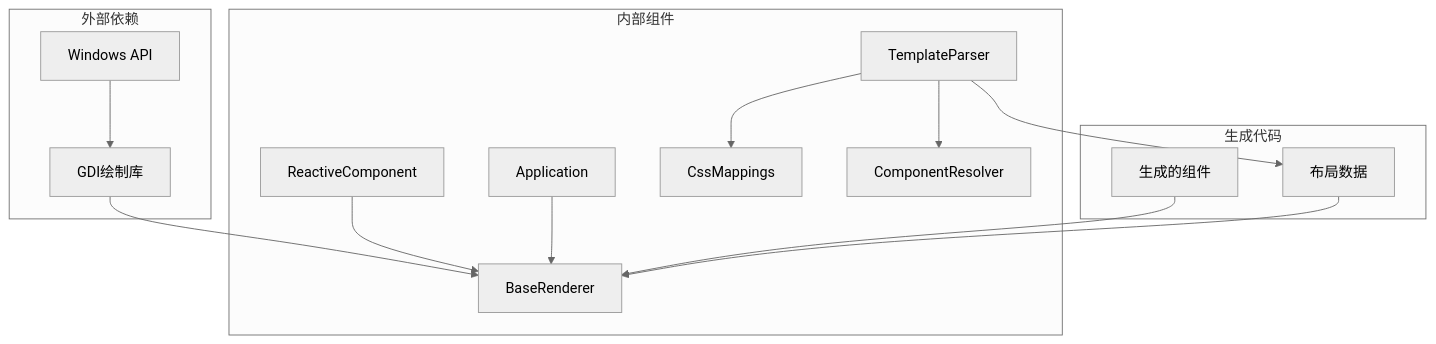
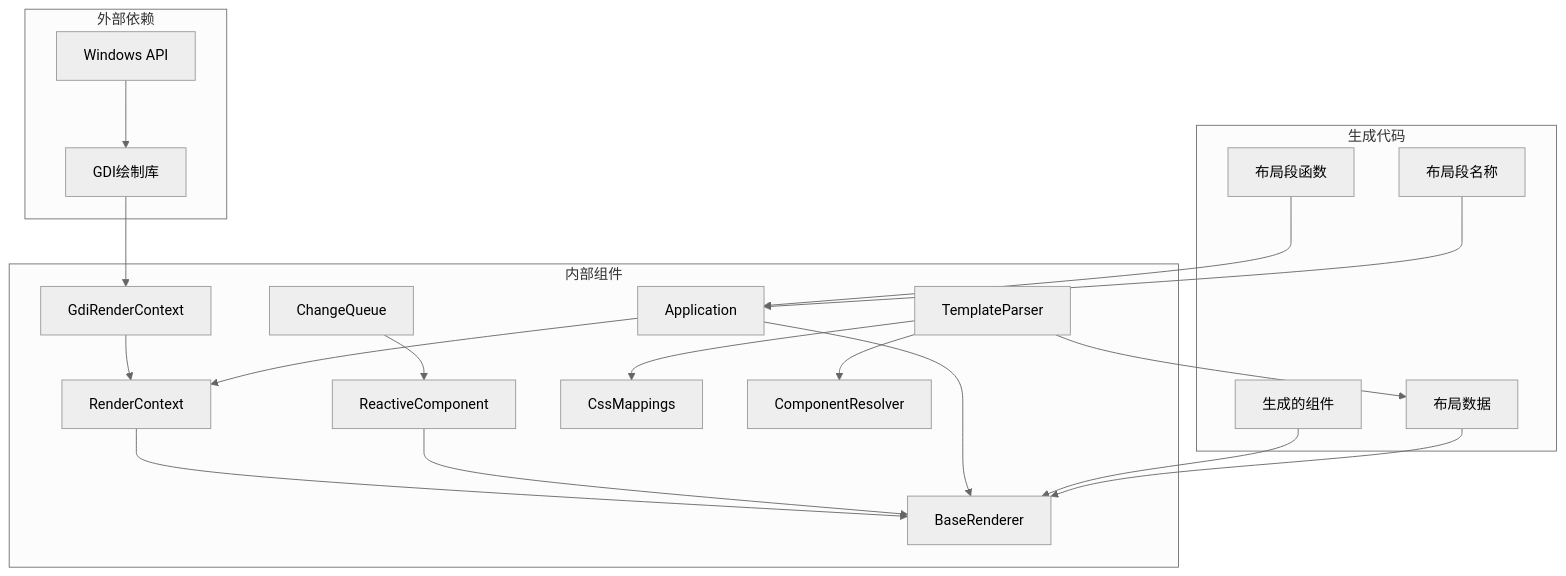
Before and after one commit to xingye00186/PHP-Data-UI-Framework-powered-by-swooleAOT: the tenth of 11 diagrams in .qoder/repowiki/zh/content/C++渲染层/BaseRenderer基础渲染器.md, drawn with Mermaid (neutral theme). The commit also changed other lines of this file and 10 other files, not shown here.

````diff
--- a/.qoder/repowiki/zh/content/C++渲染层/BaseRenderer基础渲染器.md
+++ b/.qoder/repowiki/zh/content/C++渲染层/BaseRenderer基础渲染器.md
@@ -376,28 +513,39 @@
 ```mermaid
 graph TB
 subgraph "外部依赖"
 WinAPI[Windows API]
 GDI[GDI绘制库]
 end
 subgraph "内部组件"
 BaseRenderer[BaseRenderer]
 ReactiveComponent[ReactiveComponent]
 Application[Application]
+RenderContext[RenderContext]
+GdiRenderContext[GdiRenderContext]
 TemplateParser[TemplateParser]
 CssMappings[CssMappings]
 ComponentResolver[ComponentResolver]
+ChangeQueue[ChangeQueue]
 end
 subgraph "生成代码"
 GeneratedComponent[生成的组件]
 LayoutData[布局数据]
+LayoutSegment[布局段函数]
+SegNames[布局段名称]
 end
 WinAPI --> GDI
-GDI --> BaseRenderer
+GDI --> GdiRenderContext
+GdiRenderContext --> RenderContext
+RenderContext --> BaseRenderer
 ReactiveComponent --> BaseRenderer
 Application --> BaseRenderer
+Application --> RenderContext
 TemplateParser --> CssMappings
 TemplateParser --> ComponentResolver
 TemplateParser --> LayoutData
 GeneratedComponent --> BaseRenderer
 LayoutData --> BaseRenderer
+LayoutSegment --> Application
+SegNames --> Application
+ChangeQueue --> ReactiveComponent
 ```
````
